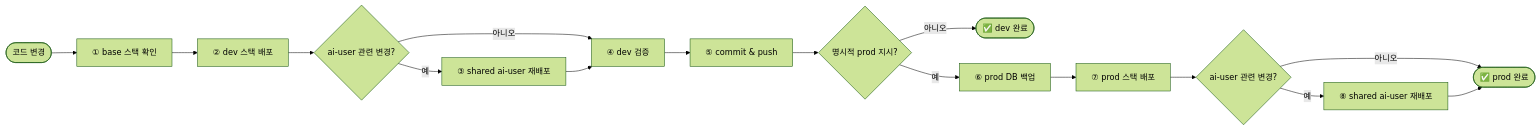
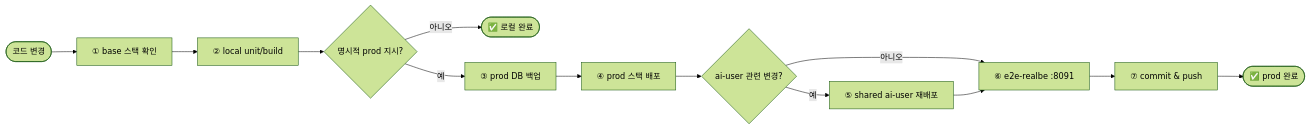
One commit to Justant-source/Again-Spring changed the diagram in docs/env/deployment.md. Above: the diagram before and after it, drawn with Mermaid (forest theme). The commit also changed other lines of this file and 42 other files, not shown here.

````diff
--- a/docs/env/deployment.md
+++ b/docs/env/deployment.md
@@ -7,18 +9,15 @@
 ```mermaid
 flowchart LR
     Code([코드 변경]) --> Base["① base 스택 확인"]
-    Base --> Dev["② dev 스택 배포"]
-    Dev --> Shared{"ai-user 관련 변경?"}
-    Shared -->|예| Ai["③ shared ai-user 재배포"]
-    Shared -->|아니오| Verify
-    Ai --> Verify["④ dev 검증"]
-    Verify --> Commit["⑤ commit & push"]
-    Commit --> Gate{명시적 prod 지시?}
-    Gate -->|아니오| DoneD([✅ dev 완료])
-    Gate -->|예| Backup["⑥ prod DB 백업"]
-    Backup --> Prod["⑦ prod 스택 배포"]
-    Prod --> SharedProd{"ai-user 관련 변경?"}
-    SharedProd -->|예| AiProd["⑧ shared ai-user 재배포"]
-    SharedProd -->|아니오| DoneP
-    AiProd --> DoneP([✅ prod 완료])
+    Base --> Local["② local unit/build"]
+    Local --> Gate{명시적 prod 지시?}
+    Gate -->|아니오| DoneL([✅ 로컬 완료])
+    Gate -->|예| Backup["③ prod DB 백업"]
+    Backup --> Prod["④ prod 스택 배포"]
+    Prod --> Shared{"ai-user 관련 변경?"}
+    Shared -->|예| Ai["⑤ shared ai-user 재배포"]
+    Shared -->|아니오| E2E
+    Ai --> E2E["⑥ e2e-realbe :8091"]
+    E2E --> Commit["⑦ commit & push"]
+    Commit --> DoneP([✅ prod 완료])
 ```
````
